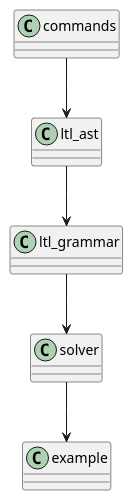
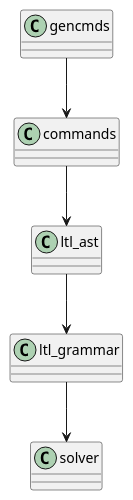
One commit to havelund/fuzzing changed the diagram in src/fuzz/xref.puml. Above: the diagram before and after it, drawn with PlantUML. The commit also changed 18 other files, not shown here.

```diff
--- a/src/fuzz/xref.puml
+++ b/src/fuzz/xref.puml
@@ -1,10 +1,9 @@
 @startuml
 'https://plantuml.com/state-diagram
 
+  gencmds --> commands
   commands --> ltl_ast
   ltl_ast --> ltl_grammar
   ltl_grammar --> solver
-  solver --> example
-
 }
 @enduml
```
